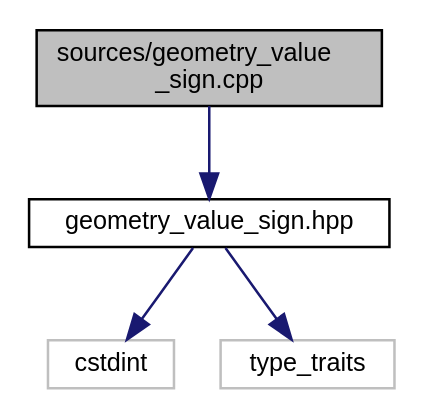
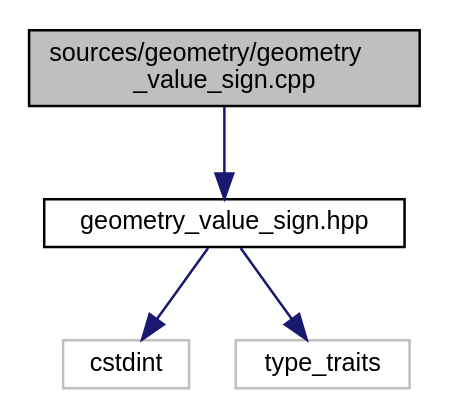
The diagram in geometry/documentation/geometry__value__sign_8cpp__incl.dot (eliogovea/dev-env-cpp), drawn with Graphviz before and after one commit. The commit also changed 273 other files, not shown here.

```diff
--- a/geometry/documentation/geometry__value__sign_8cpp__incl.dot
+++ b/geometry/documentation/geometry__value__sign_8cpp__incl.dot
@@ -1,13 +1,13 @@
-digraph "sources/geometry_value_sign.cpp"
+digraph "sources/geometry/geometry_value_sign.cpp"
 {
  // LATEX_PDF_SIZE
   edge [fontname="Helvetica",fontsize="10",labelfontname="Helvetica",labelfontsize="10"];
   node [fontname="Helvetica",fontsize="10",shape=record];
-  Node1 [label="sources/geometry_value\l_sign.cpp",height=0.2,width=0.4,color="black", fillcolor="grey75", style="filled", fontcolor="black",tooltip=" "];
+  Node1 [label="sources/geometry/geometry\l_value_sign.cpp",height=0.2,width=0.4,color="black", fillcolor="grey75", style="filled", fontcolor="black",tooltip=" "];
   Node1 -> Node2 [color="midnightblue",fontsize="10",style="solid",fontname="Helvetica"];
   Node2 [label="geometry_value_sign.hpp",height=0.2,width=0.4,color="black", fillcolor="white", style="filled",URL="$geometry__value__sign_8hpp.html",tooltip=" "];
   Node2 -> Node3 [color="midnightblue",fontsize="10",style="solid",fontname="Helvetica"];
   Node3 [label="cstdint",height=0.2,width=0.4,color="grey75", fillcolor="white", style="filled",tooltip=" "];
   Node2 -> Node4 [color="midnightblue",fontsize="10",style="solid",fontname="Helvetica"];
   Node4 [label="type_traits",height=0.2,width=0.4,color="grey75", fillcolor="white", style="filled",tooltip=" "];
 }
```
